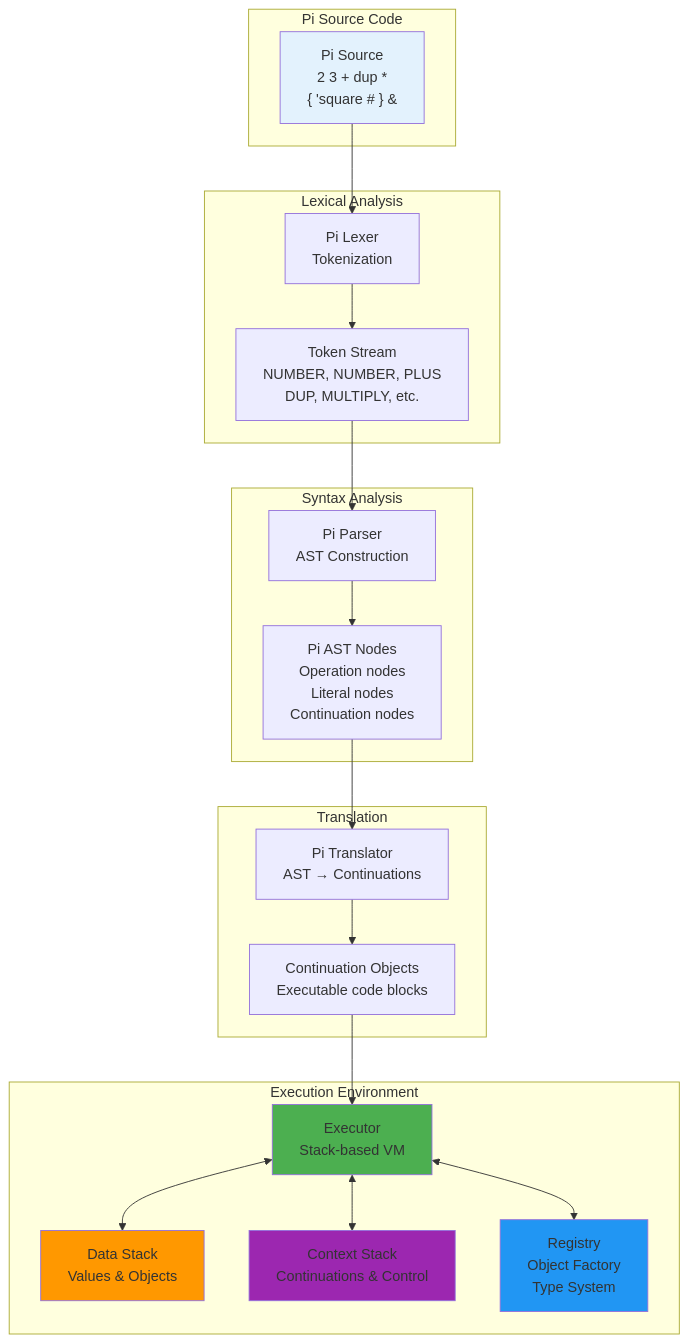
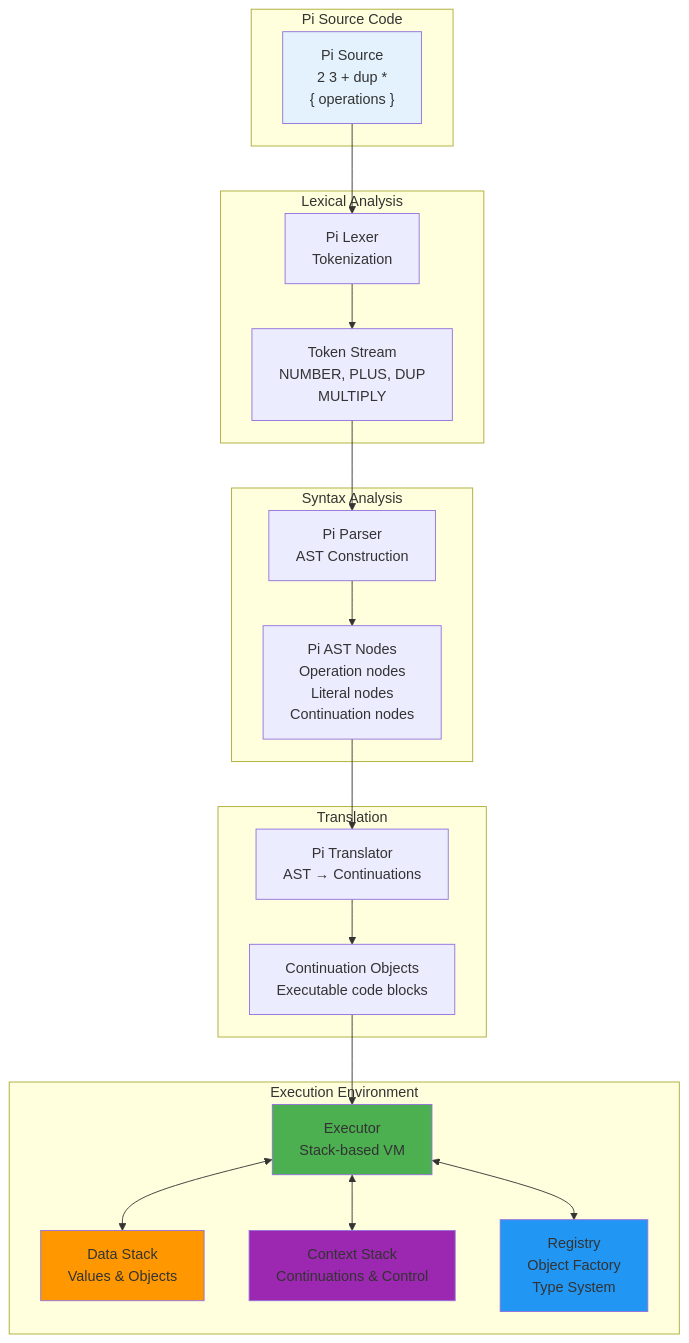
One commit to cschladetsch/CppKaiLanguage changed the first of 2 diagrams in Include/KAI/Language/Pi/README.md. Above: the diagram before and after it, drawn with Mermaid. The commit also changed 1 other file, not shown here.

Commit message:
Simplify Mermaid diagram content to fix parsing errors
Resolved Mermaid parsing issues by simplifying complex multi-line content:
- Reduced verbose node labels to essential information
- Removed problematic special characters and complex formatting
- Maintained diagram clarity while ensuring GitHub compatibility
- Fixed parsing errors in Pi, Rho, and Tau language architecture diagrams

🤖 Generated with [Claude Code](https://claude.ai/code)

````diff
--- a/Include/KAI/Language/Pi/README.md
+++ b/Include/KAI/Language/Pi/README.md
@@ -24,45 +24,45 @@
 ```mermaid
 graph TB
     subgraph "Pi Source Code"
-        SRC["Pi Source<br/>2 3 + dup *<br/>{ 'square # } &"]
+        SRC["Pi Source<br/>2 3 + dup *<br/>{ operations }"]
     end
     
     subgraph "Lexical Analysis"
         LEX["Pi Lexer<br/>Tokenization"]
-        TOKENS["Token Stream<br/>NUMBER, NUMBER, PLUS<br/>DUP, MULTIPLY, etc."]
+        TOKENS["Token Stream<br/>NUMBER, PLUS, DUP<br/>MULTIPLY"]
     end
     
     subgraph "Syntax Analysis"
         PAR["Pi Parser<br/>AST Construction"]
         AST["Pi AST Nodes<br/>Operation nodes<br/>Literal nodes<br/>Continuation nodes"]
     end
     
     subgraph "Translation"
         TRANS["Pi Translator<br/>AST → Continuations"]
         CONT["Continuation Objects<br/>Executable code blocks"]
     end
     
     subgraph "Execution Environment"
         EXE["Executor<br/>Stack-based VM"]
         DS["Data Stack<br/>Values & Objects"]
         CS["Context Stack<br/>Continuations & Control"]
         REG["Registry<br/>Object Factory<br/>Type System"]
     end
     
     SRC --> LEX
     LEX --> TOKENS
     TOKENS --> PAR
     PAR --> AST
     AST --> TRANS
     TRANS --> CONT
     CONT --> EXE
     EXE <--> DS
     EXE <--> CS
     EXE <--> REG
     
     style SRC fill:#e3f2fd
     style EXE fill:#4caf50
     style DS fill:#ff9800
     style CS fill:#9c27b0
     style REG fill:#2196f3
 ```
````
